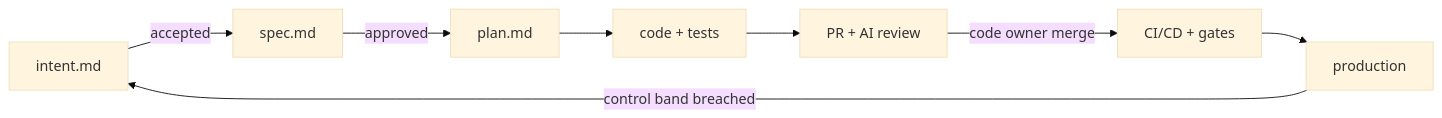
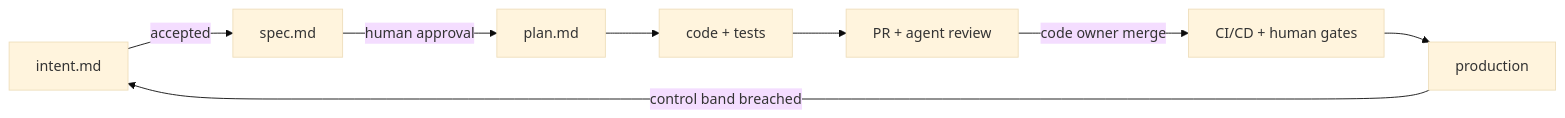
The diagram in README.md (OBaruch/ai-native-sdlc-template), drawn with Mermaid (base theme) before and after one commit. The commit also changed other lines of this file and 105 other files, not shown here.

````diff
--- a/README.md
+++ b/README.md
@@ -10,10 +12,10 @@
 ```mermaid
 flowchart LR
   A[intent.md] -->|accepted| B[spec.md]
-  B -->|approved| C[plan.md]
+  B -->|human approval| C[plan.md]
   C --> D[code + tests]
-  D --> E[PR + AI review]
-  E -->|code owner merge| F[CI/CD + gates]
+  D --> E[PR + agent review]
+  E -->|code owner merge| F[CI/CD + human gates]
   F --> G[production]
   G -->|control band breached| A
 ```
````
